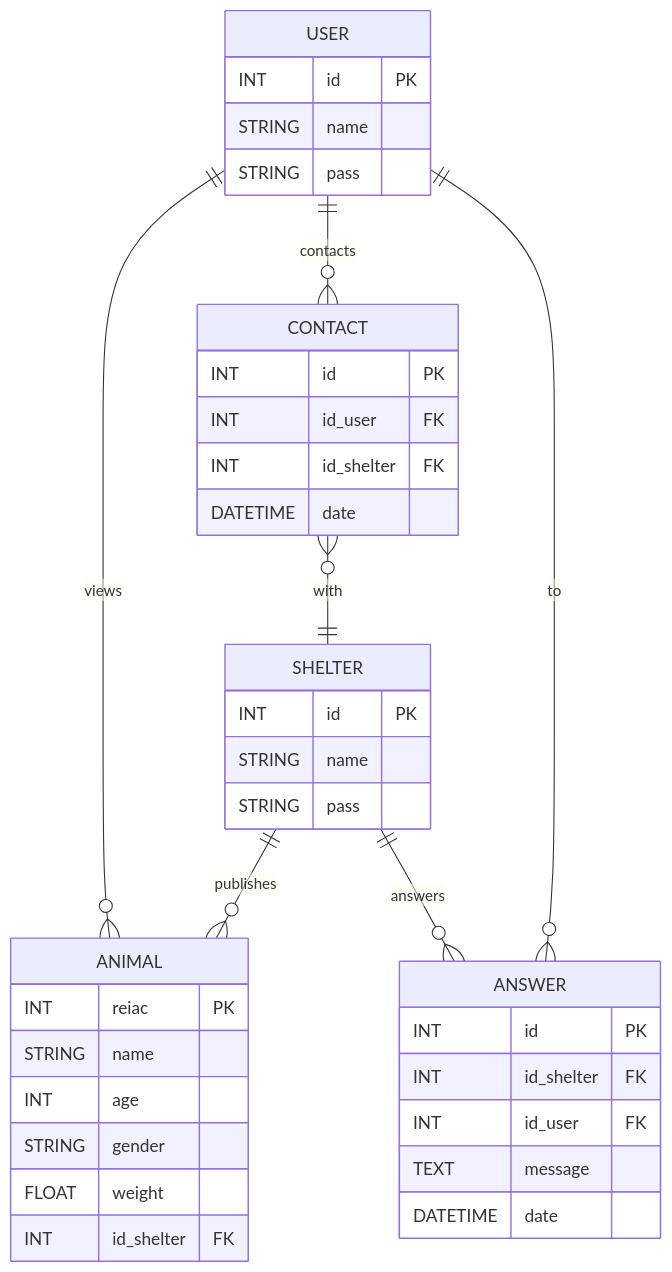
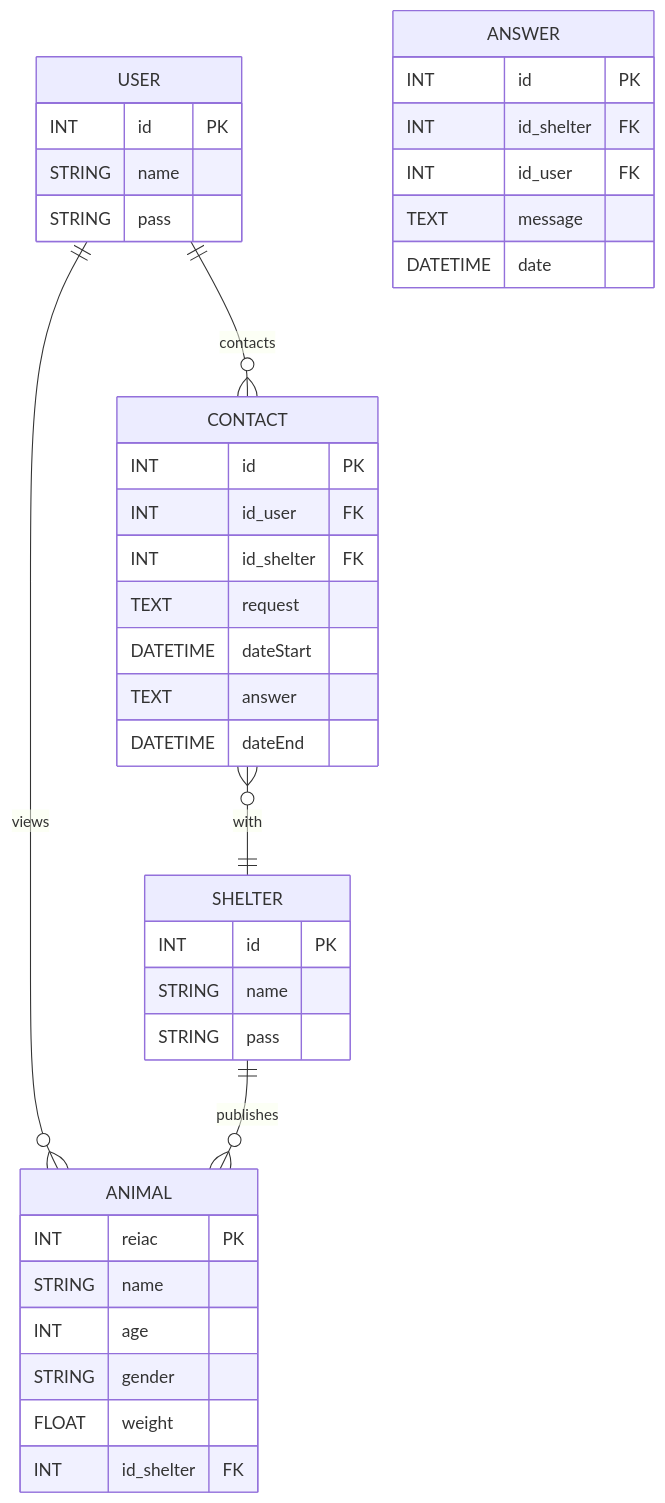
One commit to FiorellaMoncayo/animal_adoption changed the diagram in diagram-bbdd.md. Above: the diagram before and after it, drawn with Mermaid.

````diff
--- a/diagram-bbdd.md
+++ b/diagram-bbdd.md
@@ -13,45 +13,46 @@
 ```mermaid
 erDiagram
     USER {
         INT id PK
         STRING name
         STRING pass
     }
     
     SHELTER {
         INT id PK
         STRING name
         STRING pass       
     }
     
     ANIMAL {
         INT reiac PK
         STRING name
         INT age
         STRING gender
         FLOAT weight
         INT id_shelter FK
     }
     
     CONTACT {
         INT id PK
         INT id_user FK
         INT id_shelter FK
-        DATETIME date
+        TEXT request
+        DATETIME dateStart
+        TEXT answer
+        DATETIME dateEnd
     }
 
     ANSWER {
         INT id PK
         INT id_shelter FK
         INT id_user FK
         TEXT message
         DATETIME date
     }
 
     USER ||--o{ ANIMAL : "views"
     USER ||--o{ CONTACT : "contacts"
     CONTACT }o--|| SHELTER : "with"
-    SHELTER ||--o{ ANSWER : "answers"
-    ANSWER }o--|| USER : "to"
     SHELTER ||--o{ ANIMAL : "publishes"
 ```
````
